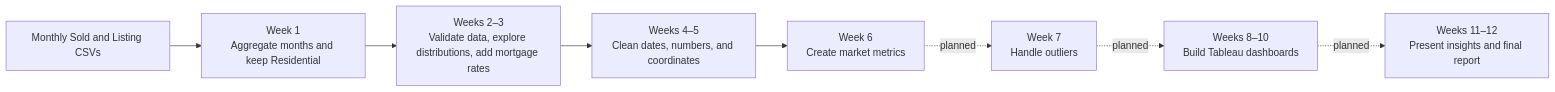
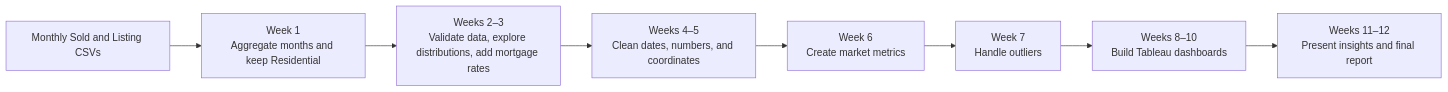
Before and after one commit to Chiupeichi/IDX_Exchange_DA: the diagram in README.md, drawn with Mermaid. The commit also changed other lines of this file, not shown here.

````diff
--- a/README.md
+++ b/README.md
@@ -22,10 +20,10 @@
 ```mermaid
 flowchart LR
     A["Monthly Sold and Listing CSVs"] --> B["Week 1<br/>Aggregate months and keep Residential"]
     B --> C["Weeks 2–3<br/>Validate data, explore distributions, add mortgage rates"]
     C --> D["Weeks 4–5<br/>Clean dates, numbers, and coordinates"]
     D --> E["Week 6<br/>Create market metrics"]
-    E -. planned .-> F["Week 7<br/>Handle outliers"]
-    F -. planned .-> G["Weeks 8–10<br/>Build Tableau dashboards"]
-    G -. planned .-> H["Weeks 11–12<br/>Present insights and final report"]
+    E --> F["Week 7<br/>Handle outliers"]
+    F --> G["Weeks 8–10<br/>Build Tableau dashboards"]
+    G --> H["Weeks 11–12<br/>Present insights and final report"]
 ```
````
